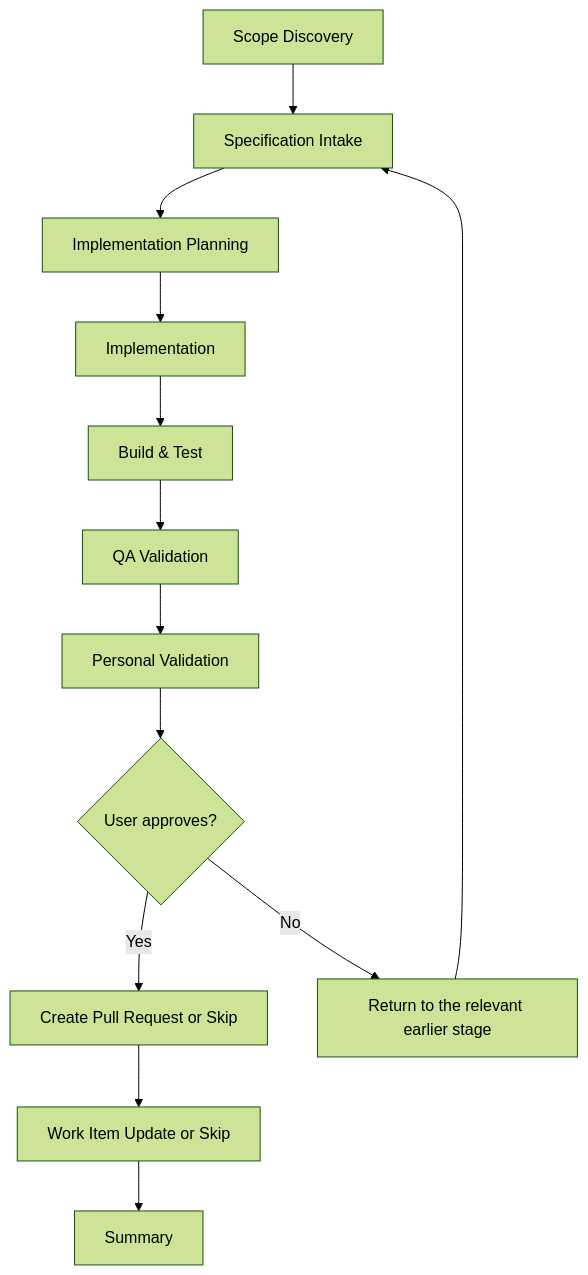
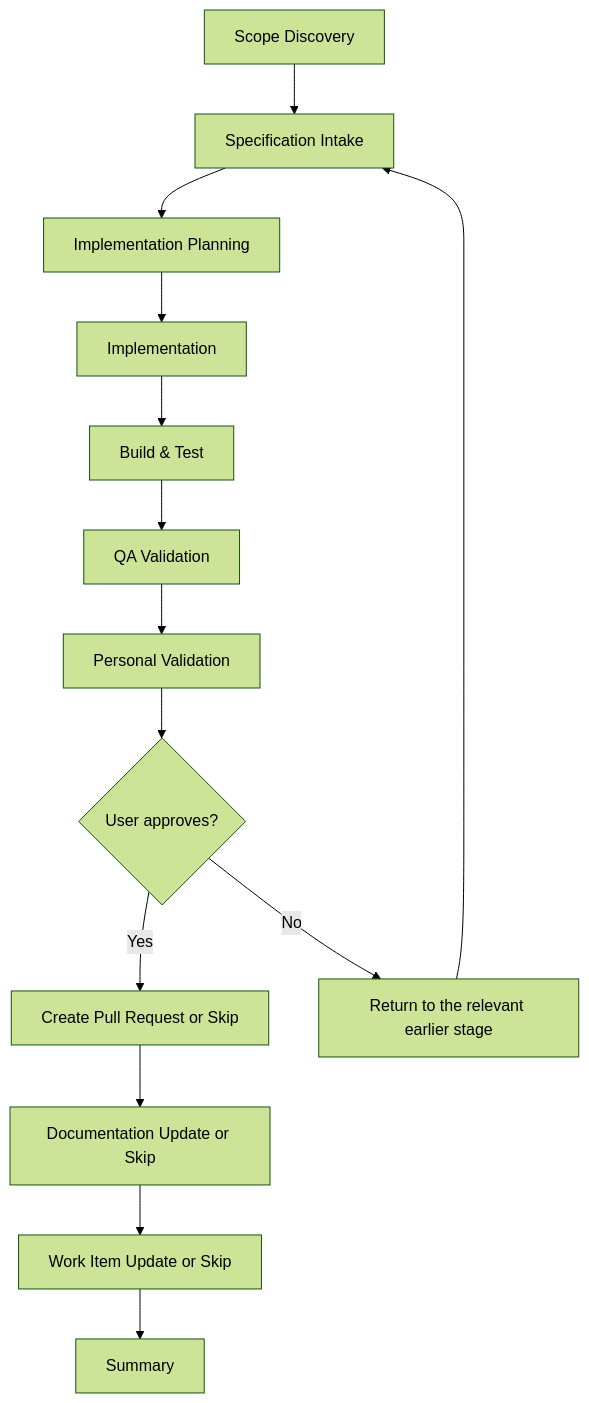
One commit to JSdotNet/ai-agent-stack changed diagram 15 of 16 in plugins/delivery/FLOW-DIAGRAMS.md. Above: the diagram before and after it, drawn with Mermaid (forest theme). The commit also changed other lines of this file and 10 other files, not shown here.

First line of the commit message:
Draw the phases the flows actually run

````diff
--- a/plugins/delivery/FLOW-DIAGRAMS.md
+++ b/plugins/delivery/FLOW-DIAGRAMS.md
@@ -429,15 +443,16 @@
 ```mermaid
 flowchart TD
     S["Scope Discovery"] --> A["Specification Intake"]
     A --> B["Implementation Planning"]
     B --> C["Implementation"]
     C --> D["Build & Test"]
     D --> E["QA Validation"]
     E --> F["Personal Validation"]
     F --> G{User approves?}
     G -->|Yes| H["Create Pull Request or Skip"]
     G -->|No| I["Return to the relevant earlier stage"]
     I --> A
-    H --> U["Work Item Update or Skip"]
+    H --> DU["Documentation Update or Skip"]
+    DU --> U["Work Item Update or Skip"]
     U --> J["Summary"]
 ```
````
